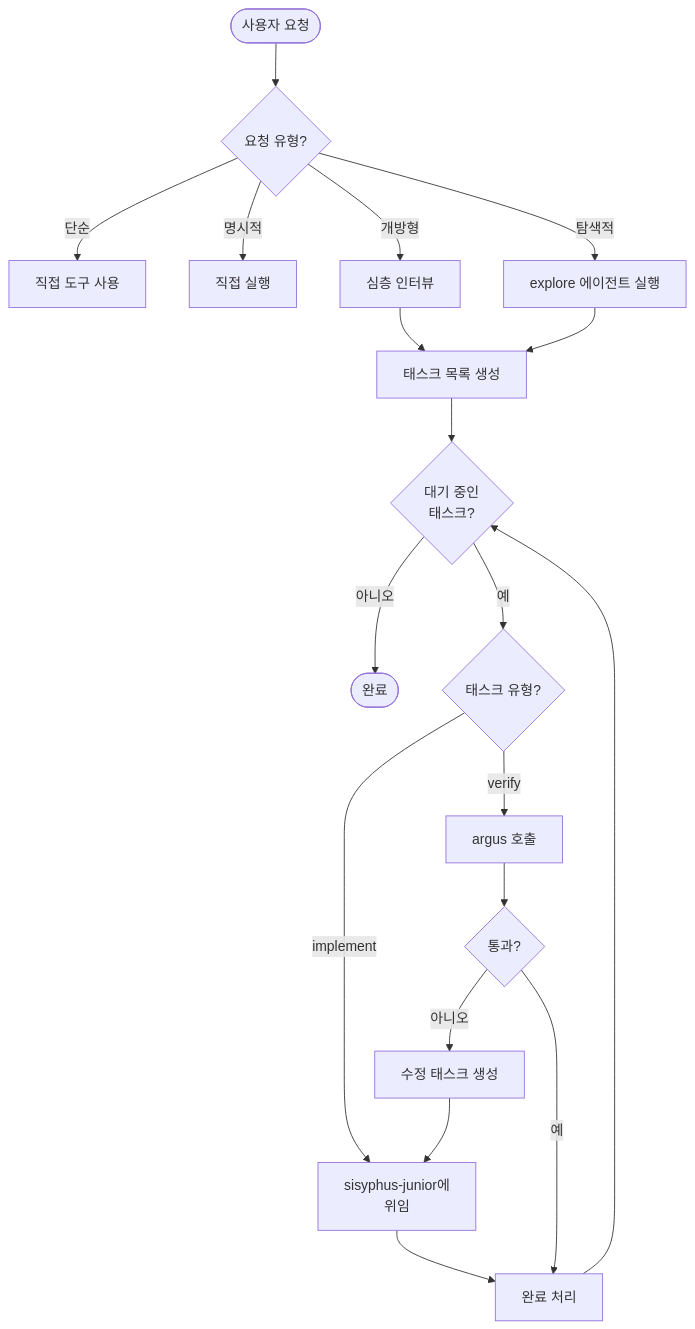
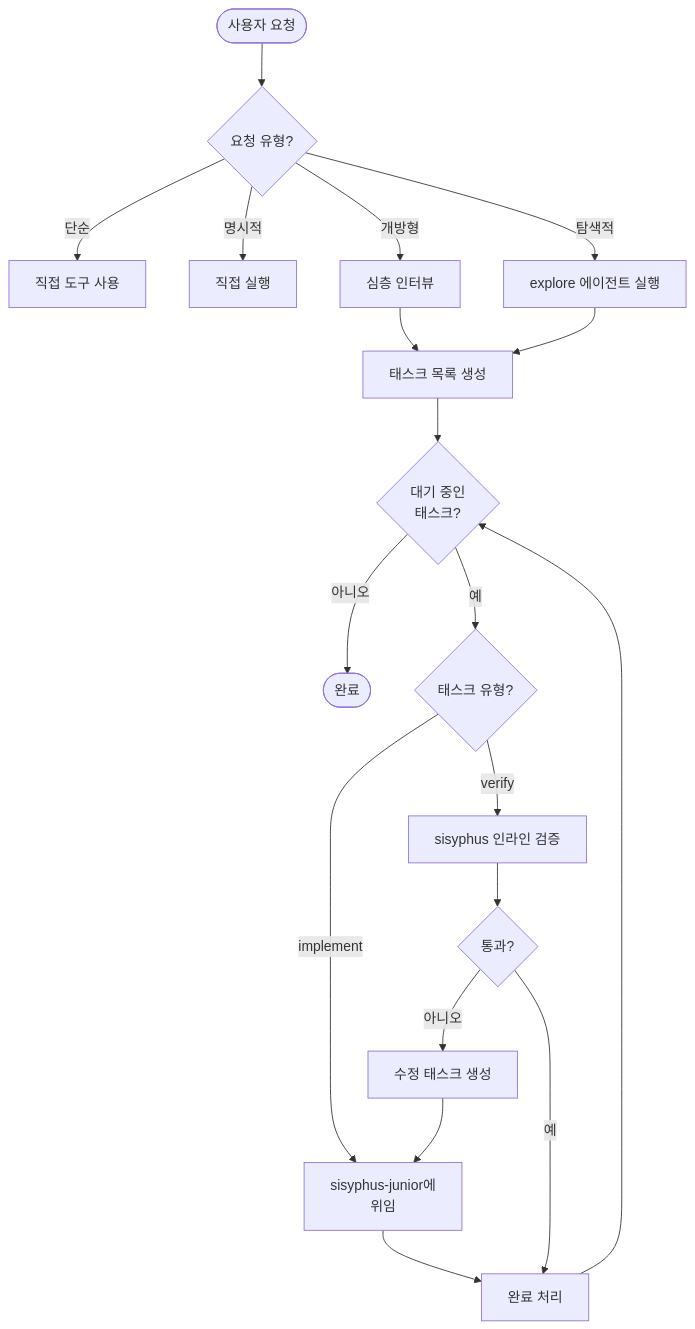
One commit to toongri/oh-my-toong-playground changed the fourth of 4 diagrams in docs/skills/core-pipeline.md. Above: the diagram before and after it, drawn with Mermaid. The commit also changed other lines of this file and 33 other files, not shown here.

First line of the commit message:
refactor: argus 전역 삭제 + inline-verify 이관

````diff
--- a/docs/skills/core-pipeline.md
+++ b/docs/skills/core-pipeline.md
@@ -130,23 +130,23 @@
 ```mermaid
 flowchart TB
     Start([사용자 요청]) --> Classify{요청 유형?}
     Classify -->|단순| Direct[직접 도구 사용]
     Classify -->|명시적| Execute[직접 실행]
     Classify -->|탐색적| Explore[explore 에이전트 실행]
     Classify -->|개방형| Interview[심층 인터뷰]
 
     Interview --> Tasks[태스크 목록 생성]
     Explore --> Tasks
 
     Tasks --> Loop{대기 중인<br/>태스크?}
     Loop -->|아니오| Done([완료])
     Loop -->|예| Route{태스크 유형?}
     Route -->|implement| Delegate[sisyphus-junior에<br/>위임]
     Delegate --> Complete[완료 처리]
-    Route -->|verify| Review[argus 호출]
+    Route -->|verify| Review[sisyphus 인라인 검증]
     Review --> Pass{통과?}
     Pass -->|예| Complete
     Pass -->|아니오| Fix[수정 태스크 생성]
     Fix --> Delegate
     Complete --> Loop
 ```
````
